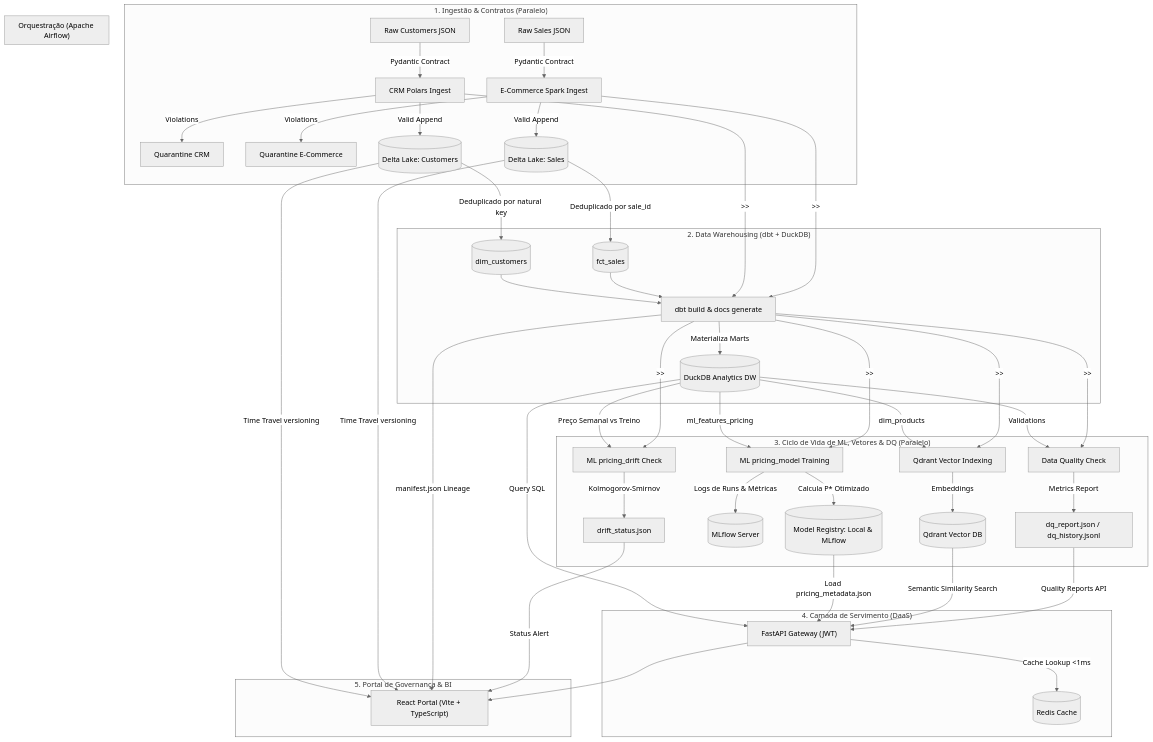
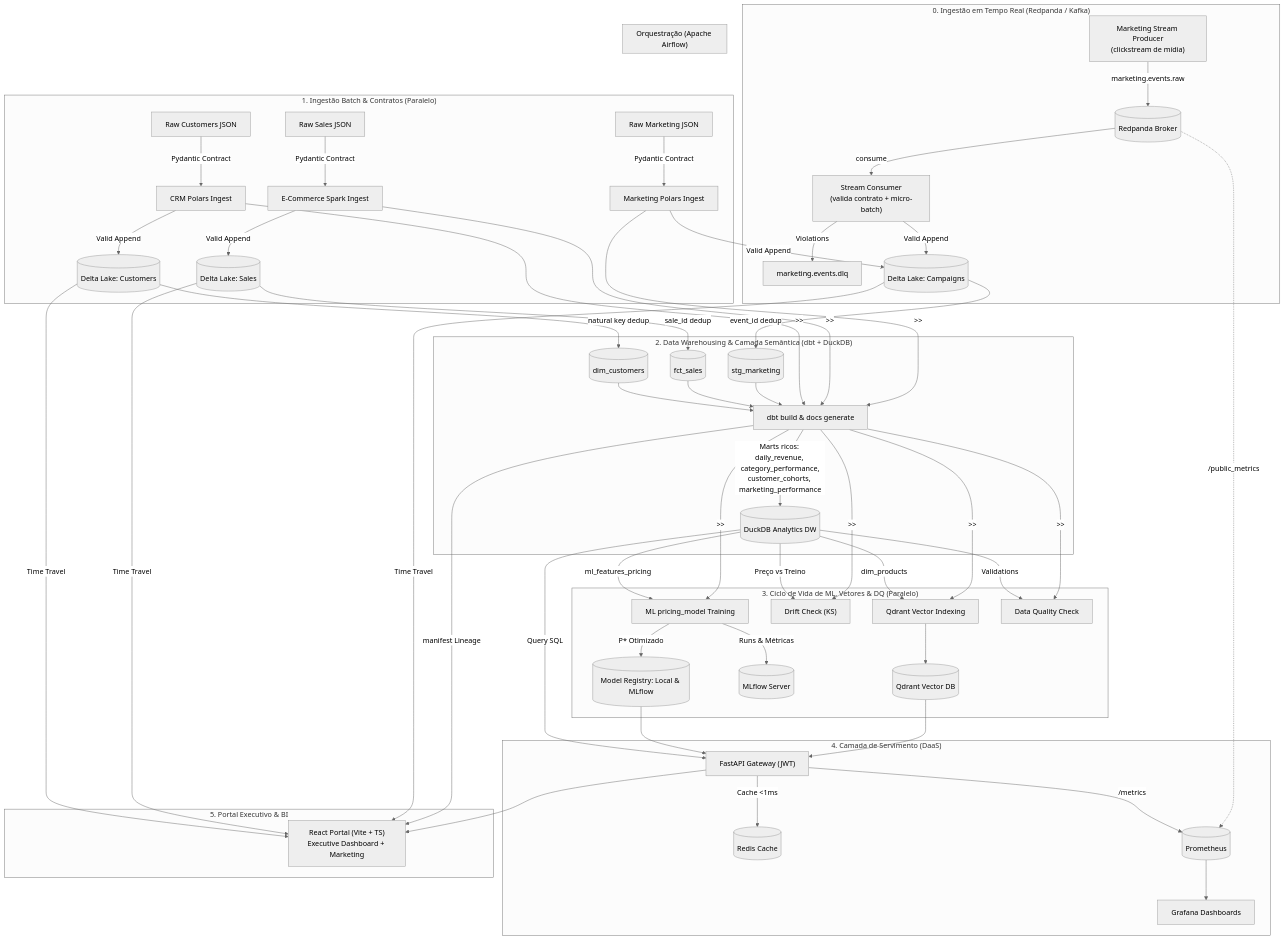
The diagram in README.md (AbnerRidigolo/modern-data-mesh-lakehouse-platform), drawn with Mermaid (neutral theme) before and after one commit. The commit also changed other lines of this file, not shown here.

First line of the commit message:
docs: README com streaming, observabilidade, marts ricos e BI executivo

````diff
--- a/README.md
+++ b/README.md
@@ -36,54 +36,55 @@
 ```mermaid
 graph TD
-    subgraph Ingestion ["1. Ingestão & Contratos (Paralelo)"]
+    subgraph Streaming ["0. Ingestão em Tempo Real (Redpanda / Kafka)"]
+        PROD["Marketing Stream Producer<br/>(clickstream de mídia)"] -->|marketing.events.raw| RP[("Redpanda Broker")]
+        RP -->|consume| CONS["Stream Consumer<br/>(valida contrato + micro-batch)"]
+        CONS -->|Violations| DLQ["marketing.events.dlq"]
+        CONS -->|Valid Append| DELTA_M[("Delta Lake: Campaigns")]
+    end
+
+    subgraph Ingestion ["1. Ingestão Batch & Contratos (Paralelo)"]
         RAW_C["Raw Customers JSON"] -->|Pydantic Contract| INGEST_C["CRM Polars Ingest"]
         RAW_E["Raw Sales JSON"] -->|Pydantic Contract| INGEST_E["E-Commerce Spark Ingest"]
-        INGEST_C -->|Violations| Q_C["Quarantine CRM"]
-        INGEST_E -->|Violations| Q_E["Quarantine E-Commerce"]
+        RAW_M["Raw Marketing JSON"] -->|Pydantic Contract| INGEST_M["Marketing Polars Ingest"]
         INGEST_C -->|Valid Append| DELTA_C[("Delta Lake: Customers")]
         INGEST_E -->|Valid Append| DELTA_S[("Delta Lake: Sales")]
+        INGEST_M -->|Valid Append| DELTA_M
     end
 
-    subgraph DW_Layer ["2. Data Warehousing (dbt + DuckDB)"]
-        DELTA_C -->|Deduplicado por natural key| DIM_C[("dim_customers")]
-        DELTA_S -->|Deduplicado por sale_id| FCT_S[("fct_sales")]
-        DIM_C --> DBT_B["dbt build & docs generate"]
-        FCT_S --> DBT_B
-        DBT_B -->|Materializa Marts| DDB[("DuckDB Analytics DW")]
+    subgraph DW_Layer ["2. Data Warehousing & Camada Semântica (dbt + DuckDB)"]
+        DELTA_C -->|natural key dedup| DIM_C[("dim_customers")]
+        DELTA_S -->|sale_id dedup| FCT_S[("fct_sales")]
+        DELTA_M -->|event_id dedup| STG_M[("stg_marketing")]
+        DIM_C & FCT_S & STG_M --> DBT_B["dbt build & docs generate"]
+        DBT_B -->|Marts ricos: daily_revenue, category_performance,<br/>customer_cohorts, marketing_performance| DDB[("DuckDB Analytics DW")]
     end
 
     subgraph MLOps_Lifecycle ["3. Ciclo de Vida de ML, Vetores & DQ (Paralelo)"]
         DDB -->|ml_features_pricing| ML_T["ML pricing_model Training"]
-        ML_T -->|Calcula P* Otimizado| REG[(Model Registry: Local & MLflow)]
-        ML_T -->|Logs de Runs & Métricas| MLF[("MLflow Server")]
-        
-        DDB -->|Preço Semanal vs Treino| DRIFT_T["ML pricing_drift Check"]
-        DRIFT_T -->|Kolmogorov-Smirnov| DRIFT_J["drift_status.json"]
-        
-        DDB -->|dim_products| Q_VEC["Qdrant Vector Indexing"]
-        Q_VEC -->|Embeddings| QD[("Qdrant Vector DB")]
-        
+        ML_T -->|P* Otimizado| REG[(Model Registry: Local & MLflow)]
+        ML_T -->|Runs & Métricas| MLF[("MLflow Server")]
+        DDB -->|Preço vs Treino| DRIFT_T["Drift Check (KS)"]
+        DDB -->|dim_products| Q_VEC["Qdrant Vector Indexing"] --> QD[("Qdrant Vector DB")]
         DDB -->|Validations| DQ_C["Data Quality Check"]
-        DQ_C -->|Metrics Report| DQ_R["dq_report.json / dq_history.jsonl"]
     end
 
     subgraph Servimento ["4. Camada de Servimento (DaaS)"]
         DDB -->|Query SQL| API["FastAPI Gateway (JWT)"]
-        REG -->|Load pricing_metadata.json| API
-        QD -->|Semantic Similarity Search| API
-        DQ_R -->|Quality Reports API| API
-        API -->|Cache Lookup <1ms| REDIS[("Redis Cache")]
+        REG --> API
+        QD --> API
+        API -->|Cache <1ms| REDIS[("Redis Cache")]
+        API -->|/metrics| PROM[("Prometheus")]
+        PROM --> GRAF["Grafana Dashboards"]
+        RP -.->|/public_metrics| PROM
     end
 
-    subgraph Portal ["5. Portal de Governança & BI"]
-        API --> PORTAL["React Portal (Vite + TypeScript)"]
-        DELTA_C -->|Time Travel versioning| PORTAL
-        DELTA_S -->|Time Travel versioning| PORTAL
-        DBT_B -->|manifest.json Lineage| PORTAL
-        DRIFT_J -->|Status Alert| PORTAL
+    subgraph Portal ["5. Portal Executivo & BI"]
+        API --> PORTAL["React Portal (Vite + TS)<br/>Executive Dashboard + Marketing"]
+        DELTA_C & DELTA_S & DELTA_M -->|Time Travel| PORTAL
+        DBT_B -->|manifest Lineage| PORTAL
     end
 
     subgraph Orquestracao ["Orquestração (Apache Airflow)"]
-        INGEST_C & INGEST_E -->|>>| DBT_B -->|>>| ML_T & DRIFT_T & Q_VEC & DQ_C
+        INGEST_C & INGEST_E & INGEST_M -->|>>| DBT_B -->|>>| ML_T & DRIFT_T & Q_VEC & DQ_C
     end
 ```
````
